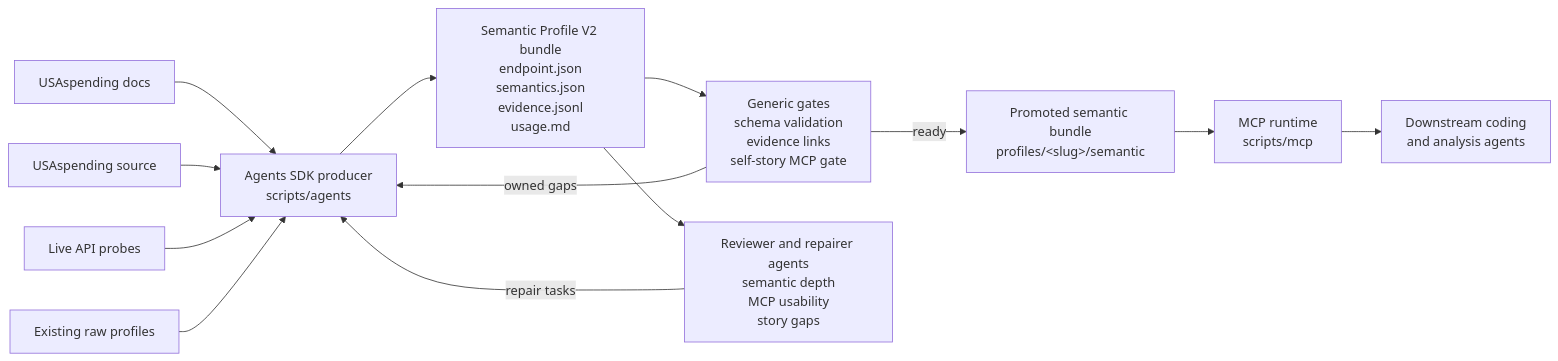
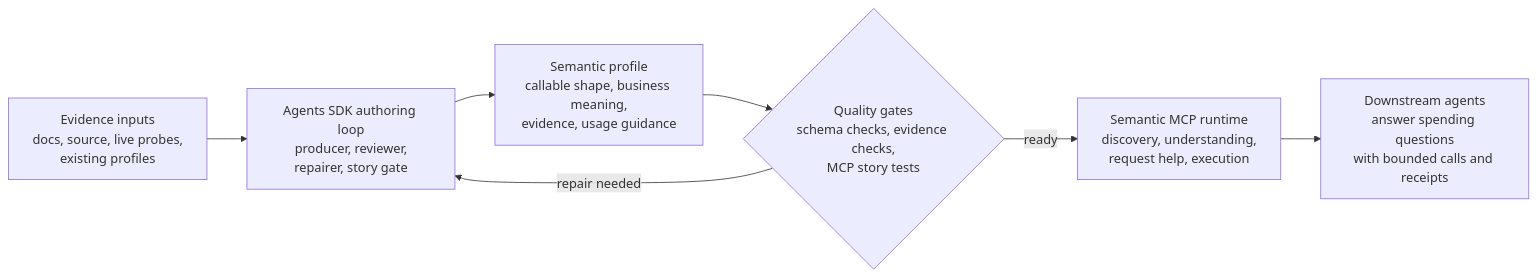
Before and after one commit to saulrichardson/gov-mcp: the diagram in README.md, drawn with Mermaid. The commit also changed other lines of this file, not shown here.

````diff
--- a/README.md
+++ b/README.md
@@ -35,29 +28,16 @@
 ```mermaid
 flowchart LR
-    D["USAspending docs"]
-    S["USAspending source"]
-    L["Live API probes"]
-    R["Existing raw profiles"]
+    A["Evidence inputs<br/>docs, source, live probes,<br/>existing profiles"]
+    B["Agents SDK authoring loop<br/>producer, reviewer,<br/>repairer, story gate"]
+    C["Semantic profile<br/>callable shape, business meaning,<br/>evidence, usage guidance"]
+    D{"Quality gates<br/>schema checks, evidence checks,<br/>MCP story tests"}
+    E["Semantic MCP runtime<br/>discovery, understanding,<br/>request help, execution"]
+    F["Downstream agents<br/>answer spending questions<br/>with bounded calls and receipts"]
 
-    P["Agents SDK producer<br/>scripts/agents"]
-    B["Semantic Profile V2 bundle<br/>endpoint.json<br/>semantics.json<br/>evidence.jsonl<br/>usage.md"]
-    G["Generic gates<br/>schema validation<br/>evidence links<br/>self-story MCP gate"]
-    V["Reviewer and repairer agents<br/>semantic depth<br/>MCP usability<br/>story gaps"]
-    M["Promoted semantic bundle<br/>profiles/&lt;slug&gt;/semantic"]
-
-    X["MCP runtime<br/>scripts/mcp"]
-    C["Downstream coding<br/>and analysis agents"]
-
-    D --> P
-    S --> P
-    L --> P
-    R --> P
-    P --> B
-    B --> G
-    G -->|ready| M
-    G -->|owned gaps| P
-    B --> V
-    V -->|repair tasks| P
-    M --> X
-    X --> C
+    A --> B
+    B --> C
+    C --> D
+    D -->|repair needed| B
+    D -->|ready| E
+    E --> F
 ```
````
